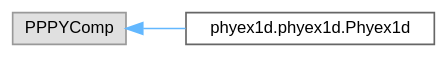
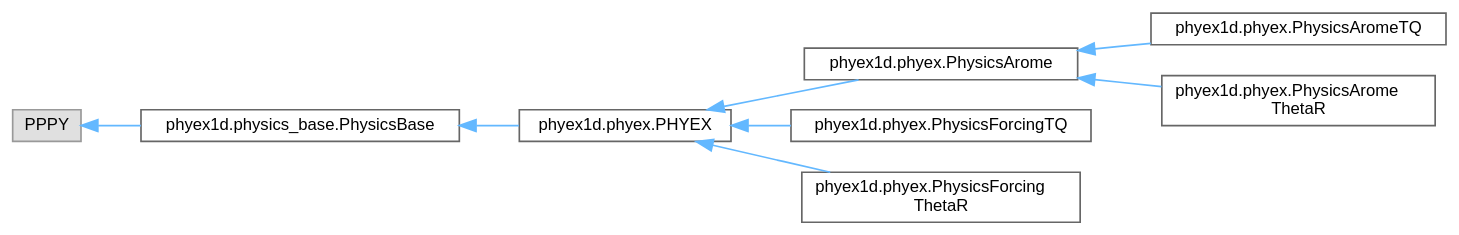
The diagram in inherit_graph_4.dot (SebastienRietteMTO/phyex1d), drawn with Graphviz before and after one commit. The commit also changed 122 other files, not shown here.

```diff
--- a/inherit_graph_4.dot
+++ b/inherit_graph_4.dot
@@ -1,11 +1,23 @@
 digraph "Graphical Class Hierarchy"
 {
  // LATEX_PDF_SIZE
   bgcolor="transparent";
   edge [fontname=Helvetica,fontsize=10,labelfontname=Helvetica,labelfontsize=10];
   node [fontname=Helvetica,fontsize=10,shape=box,height=0.2,width=0.4];
   rankdir="LR";
-  Node0 [id="Node000000",label="PPPYComp",height=0.2,width=0.4,color="grey60", fillcolor="#E0E0E0", style="filled",tooltip=" "];
-  Node0 -> Node1 [id="edge8_Node000000_Node000001",dir="back",color="steelblue1",style="solid",tooltip=" "];
-  Node1 [id="Node000001",label="phyex1d.phyex1d.Phyex1d",height=0.2,width=0.4,color="grey40", fillcolor="white", style="filled",URL="$classphyex1d_1_1phyex1d_1_1Phyex1d.html",tooltip=" "];
+  Node0 [id="Node000000",label="PPPY",height=0.2,width=0.4,color="grey60", fillcolor="#E0E0E0", style="filled",tooltip=" "];
+  Node0 -> Node1 [id="edge4_Node000000_Node000001",dir="back",color="steelblue1",style="solid",tooltip=" "];
+  Node1 [id="Node000001",label="phyex1d.physics_base.PhysicsBase",height=0.2,width=0.4,color="grey40", fillcolor="white", style="filled",URL="$classphyex1d_1_1physics__base_1_1PhysicsBase.html",tooltip=" "];
+  Node1 -> Node2 [id="edge5_Node000001_Node000002",dir="back",color="steelblue1",style="solid",tooltip=" "];
+  Node2 [id="Node000002",label="phyex1d.phyex.PHYEX",height=0.2,width=0.4,color="grey40", fillcolor="white", style="filled",URL="$classphyex1d_1_1phyex_1_1PHYEX.html",tooltip=" "];
+  Node2 -> Node3 [id="edge6_Node000002_Node000003",dir="back",color="steelblue1",style="solid",tooltip=" "];
+  Node3 [id="Node000003",label="phyex1d.phyex.PhysicsArome",height=0.2,width=0.4,color="grey40", fillcolor="white", style="filled",URL="$classphyex1d_1_1phyex_1_1PhysicsArome.html",tooltip=" "];
+  Node3 -> Node4 [id="edge7_Node000003_Node000004",dir="back",color="steelblue1",style="solid",tooltip=" "];
+  Node4 [id="Node000004",label="phyex1d.phyex.PhysicsAromeTQ",height=0.2,width=0.4,color="grey40", fillcolor="white", style="filled",URL="$classphyex1d_1_1phyex_1_1PhysicsAromeTQ.html",tooltip=" "];
+  Node3 -> Node5 [id="edge8_Node000003_Node000005",dir="back",color="steelblue1",style="solid",tooltip=" "];
+  Node5 [id="Node000005",label="phyex1d.phyex.PhysicsArome\lThetaR",height=0.2,width=0.4,color="grey40", fillcolor="white", style="filled",URL="$classphyex1d_1_1phyex_1_1PhysicsAromeThetaR.html",tooltip=" "];
+  Node2 -> Node6 [id="edge9_Node000002_Node000006",dir="back",color="steelblue1",style="solid",tooltip=" "];
+  Node6 [id="Node000006",label="phyex1d.phyex.PhysicsForcingTQ",height=0.2,width=0.4,color="grey40", fillcolor="white", style="filled",URL="$classphyex1d_1_1phyex_1_1PhysicsForcingTQ.html",tooltip=" "];
+  Node2 -> Node7 [id="edge10_Node000002_Node000007",dir="back",color="steelblue1",style="solid",tooltip=" "];
+  Node7 [id="Node000007",label="phyex1d.phyex.PhysicsForcing\lThetaR",height=0.2,width=0.4,color="grey40", fillcolor="white", style="filled",URL="$classphyex1d_1_1phyex_1_1PhysicsForcingThetaR.html",tooltip=" "];
 }
```
